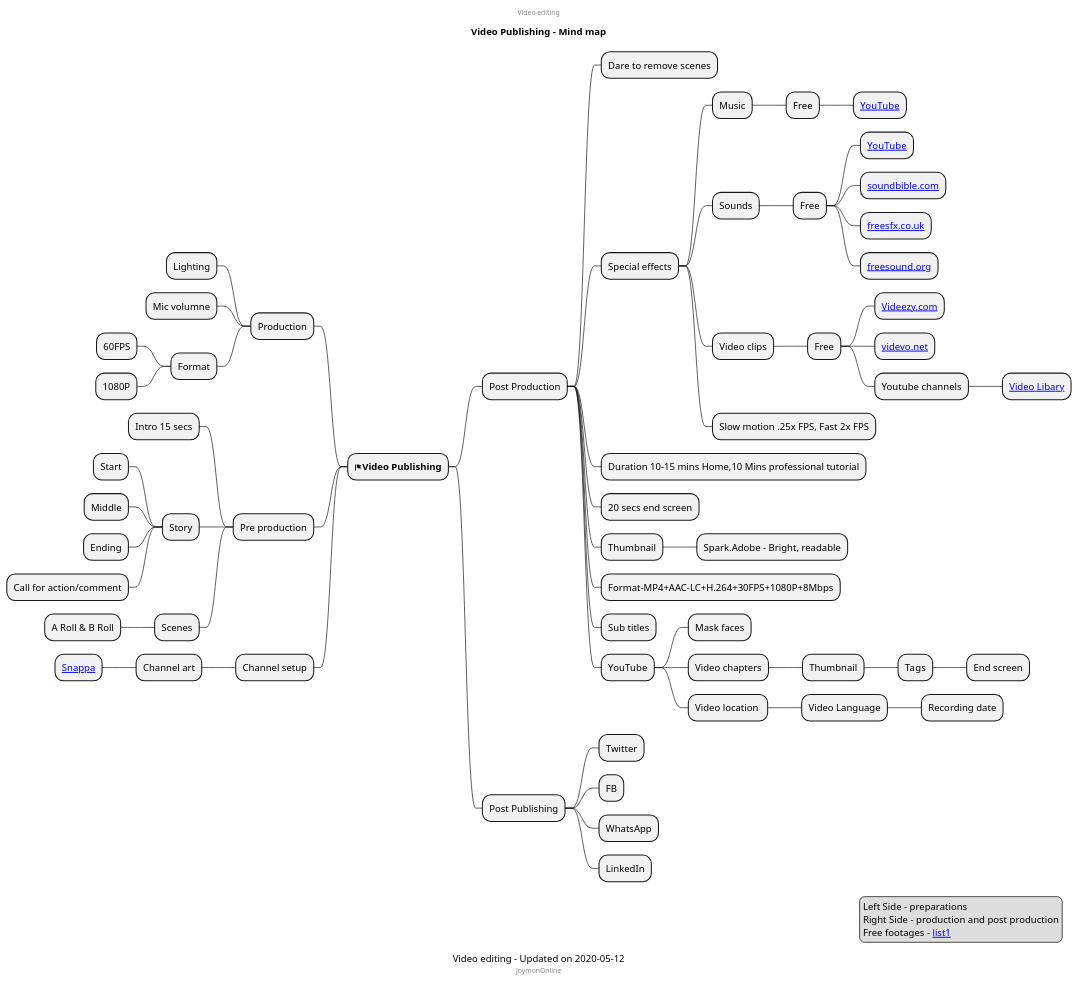
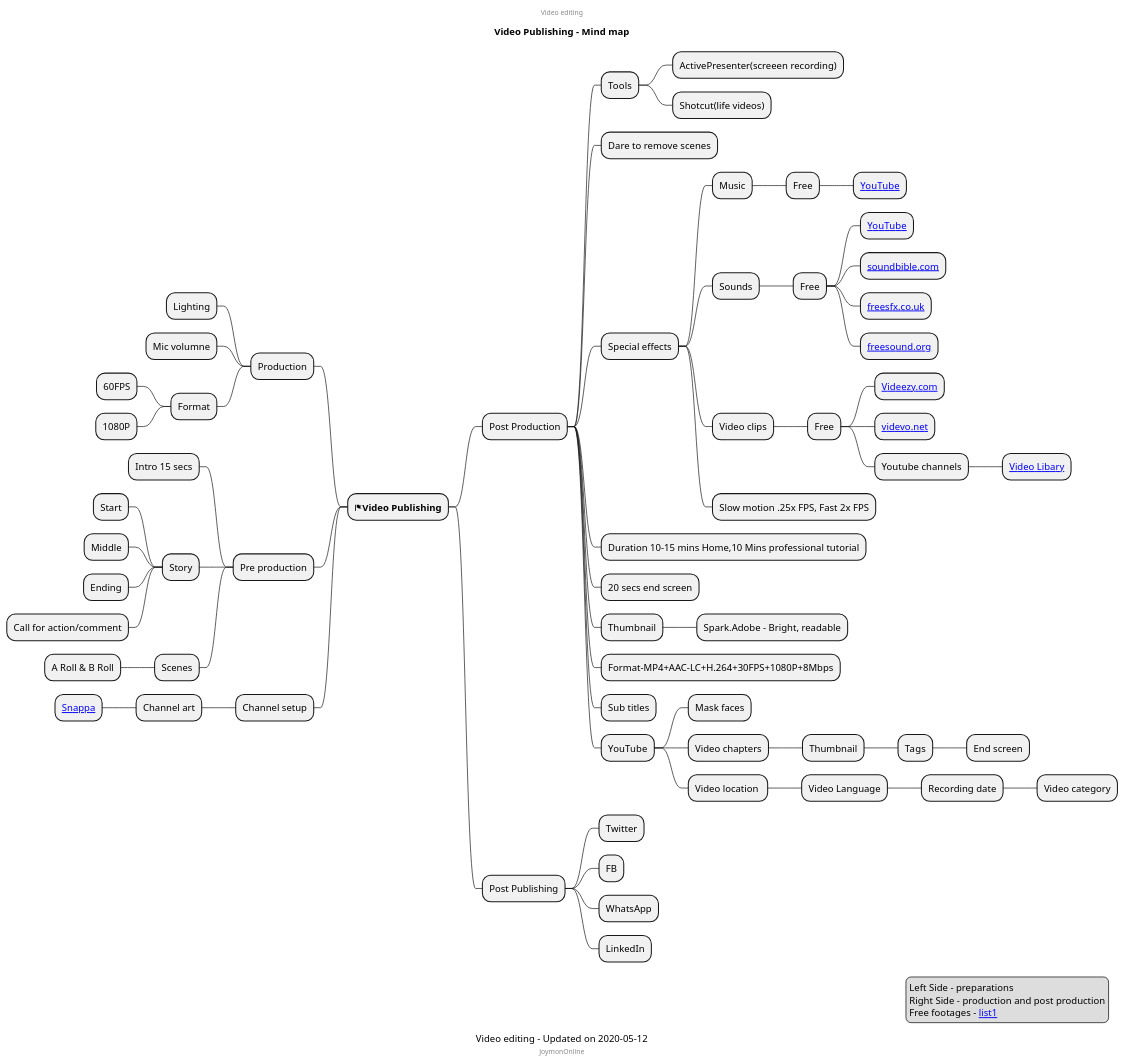
Before and after one commit to mind-maps/technology: the diagram in media/video/publishing.puml, drawn with PlantUML. The commit also changed 1 other file, not shown here.

```diff
--- a/media/video/publishing.puml
+++ b/media/video/publishing.puml
@@ -1,78 +1,81 @@
 @startmindmap
 caption Video editing - Updated on 2020-05-12
 title Video Publishing - Mind map
 center header
 Video editing
 endheader
 
 * <&flag><b>Video Publishing</b>
 
 ** Post Production
+*** Tools
+**** ActivePresenter(screeen recording)
+**** Shotcut(life videos)
 *** Dare to remove scenes
 *** Special effects
 **** Music
 ***** Free
 ****** [[https://www.youtube.com/audiolibrary/music?nv=1 YouTube]]
 **** Sounds
 ***** Free
 ****** [[https://www.youtube.com/audiolibrary/soundeffects?nv=1 YouTube]]
 ****** [[https://soundbible.com/ soundbible.com]]
 ****** [[https://freesfx.co.uk/ freesfx.co.uk]]
 ****** [[https://freesound.org/ freesound.org]]
 **** Video clips
 ***** Free
 ****** [[https://www.videezy.com/ Videezy.com]]
 ****** [[https://www.videvo.net/ videvo.net]]
 ****** Youtube channels
 ******* [[https://www.youtube.com/channel/UC8ScFr0TdBPz9bLElei6-VA/videos Video Libary]]
 **** Slow motion .25x FPS, Fast 2x FPS
 *** Duration 10-15 mins Home,10 Mins professional tutorial
 *** 20 secs end screen
 *** Thumbnail
 **** Spark.Adobe - Bright, readable
 *** Format-MP4+AAC-LC+H.264+30FPS+1080P+8Mbps
 *** Sub titles
 *** YouTube
 **** Mask faces
 **** Video chapters
 ***** Thumbnail
 ****** Tags
 ******* End screen
-
 **** Video location 
 ***** Video Language
 ****** Recording date
+******* Video category
 
 ** Post Publishing
 *** Twitter
 *** FB
 *** WhatsApp
 *** LinkedIn
 
 left side
 ** Production
 *** Lighting
 *** Mic volumne
 *** Format
 **** 60FPS
 **** 1080P
 ** Pre production
 *** Intro 15 secs
 *** Story
 **** Start
 **** Middle
 **** Ending
 ****  Call for action/comment
 *** Scenes
 **** A Roll & B Roll
 ** Channel setup
 *** Channel art
 **** [[https://snappa.com/ Snappa]]
 center footer JoymonOnline
 
 legend right
   Left Side - preparations
   Right Side - production and post production
   Free footages - [[https://www.oberlo.com/blog/free-stock-video-websites list1]]
 endlegend
 @endmindmap
```
